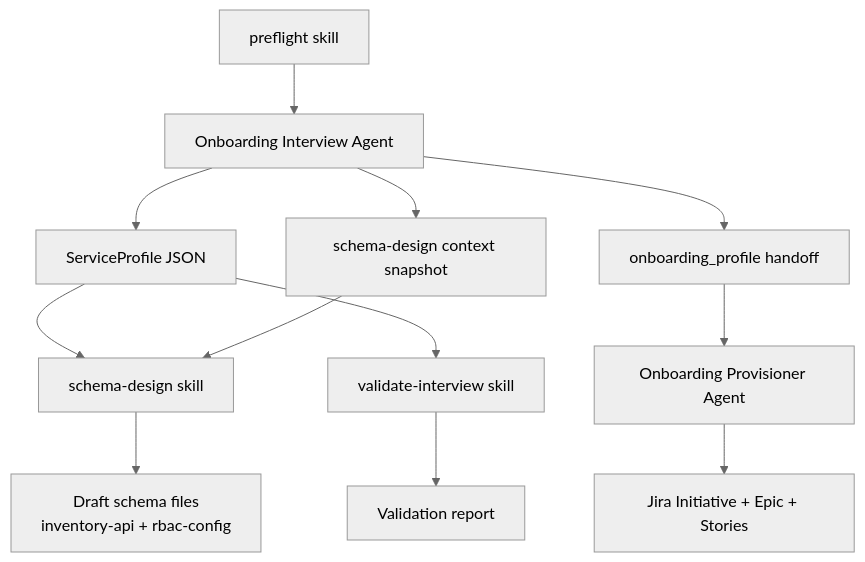
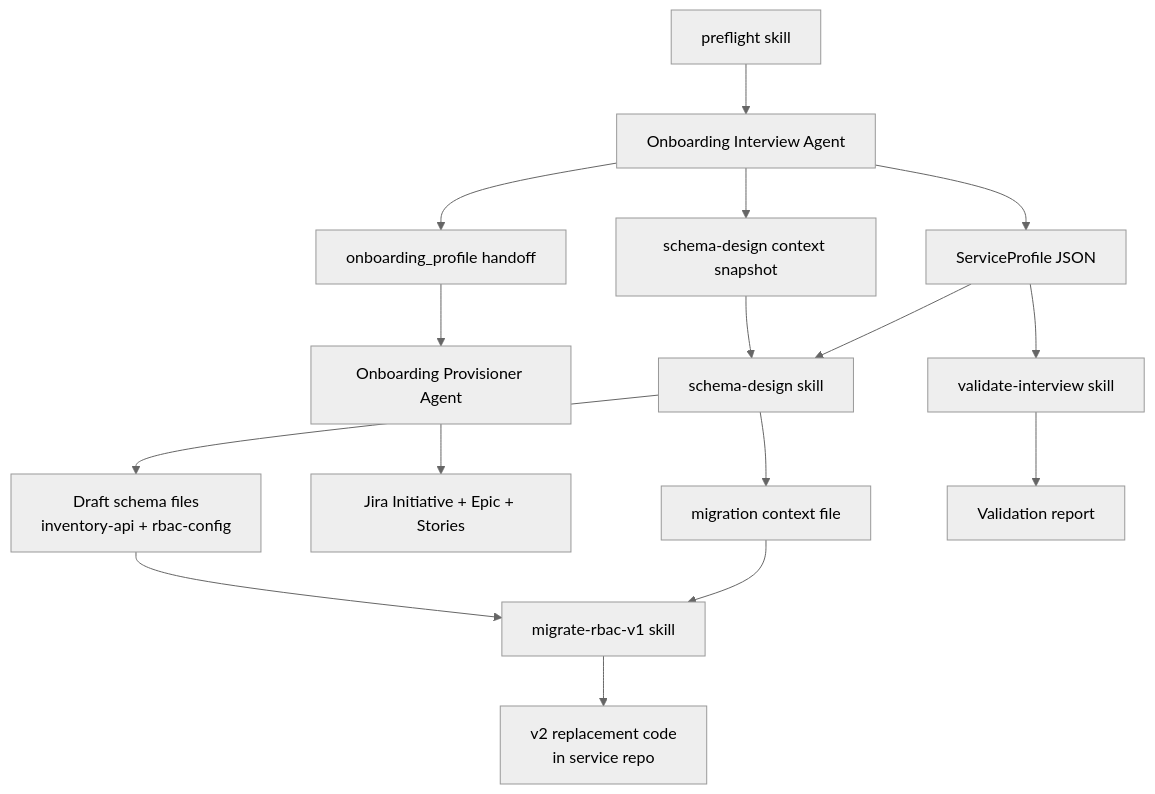
Before and after one commit to tonytheleg/kessel-onboarding-agents: the diagram in docs/data-flow.md, drawn with Mermaid (neutral theme). The commit also changed other lines of this file and 8 other files, not shown here.

Commit message:
adds rbac v1 migration skill

````diff
--- a/docs/data-flow.md
+++ b/docs/data-flow.md
@@ -5,26 +5,36 @@
 ```mermaid
 flowchart TD
     preflight[preflight skill]
     interview[Onboarding Interview Agent]
     profile[ServiceProfile JSON]
     handoff[onboarding_profile handoff]
-    context[schema-design context snapshot]
+    schemacontext[schema-design context snapshot]
     schema[schema-design skill]
+    migratecontext[migration context file]
+    migrate[migrate-rbac-v1 skill]
     provisioner[Onboarding Provisioner Agent]
     jira[Jira Initiative + Epic + Stories]
     schemas[Draft schema files\ninventory-api + rbac-config]
+    code[v2 replacement code\nin service repo]
     validate[validate-interview skill]
     report[Validation report]
 
     preflight --> interview
     interview --> profile
     interview --> handoff
-    interview --> context
-    profile --> schema
-    context --> schema
-    schema --> schemas
+    interview --> schemacontext
+
     handoff --> provisioner
     provisioner --> jira
+
+    profile --> schema
+    schemacontext --> schema
+    schema --> schemas
+    schema --> migratecontext
+    migratecontext --> migrate
+    schemas --> migrate
+    migrate --> code
+
     profile --> validate
     validate --> report
 ```
````
